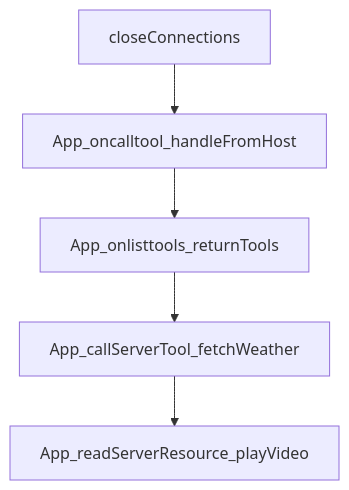
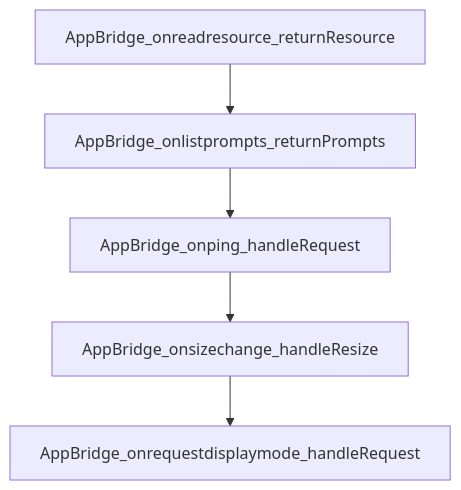
Before and after one commit to johnxie/awesome-code-docs: the diagram in tutorials/mcp-ext-apps-tutorial/05-patterns-security-and-performance.md, drawn with Mermaid. The commit also changed other lines of this file and 1232 other files, not shown here.

````diff
--- a/tutorials/mcp-ext-apps-tutorial/05-patterns-security-and-performance.md
+++ b/tutorials/mcp-ext-apps-tutorial/05-patterns-security-and-performance.md
@@ -214,12 +212,12 @@
 ```mermaid
 flowchart TD
-    A[closeConnections]
-    B[App_oncalltool_handleFromHost]
-    C[App_onlisttools_returnTools]
-    D[App_callServerTool_fetchWeather]
-    E[App_readServerResource_playVideo]
+    A[AppBridge_onreadresource_returnResource]
+    B[AppBridge_onlistprompts_returnPrompts]
+    C[AppBridge_onping_handleRequest]
+    D[AppBridge_onsizechange_handleResize]
+    E[AppBridge_onrequestdisplaymode_handleRequest]
     A --> B
     B --> C
     C --> D
     D --> E
 ```
````
